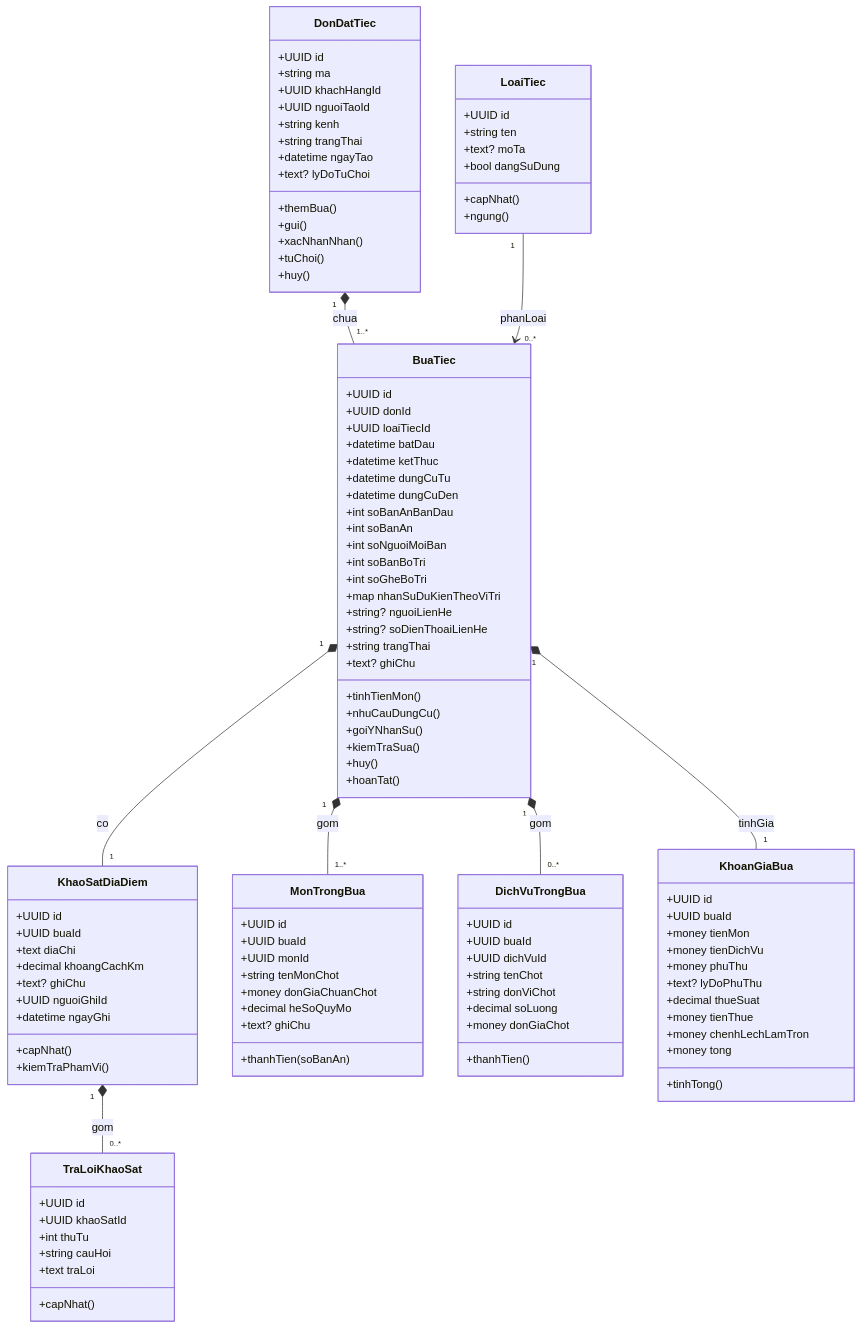
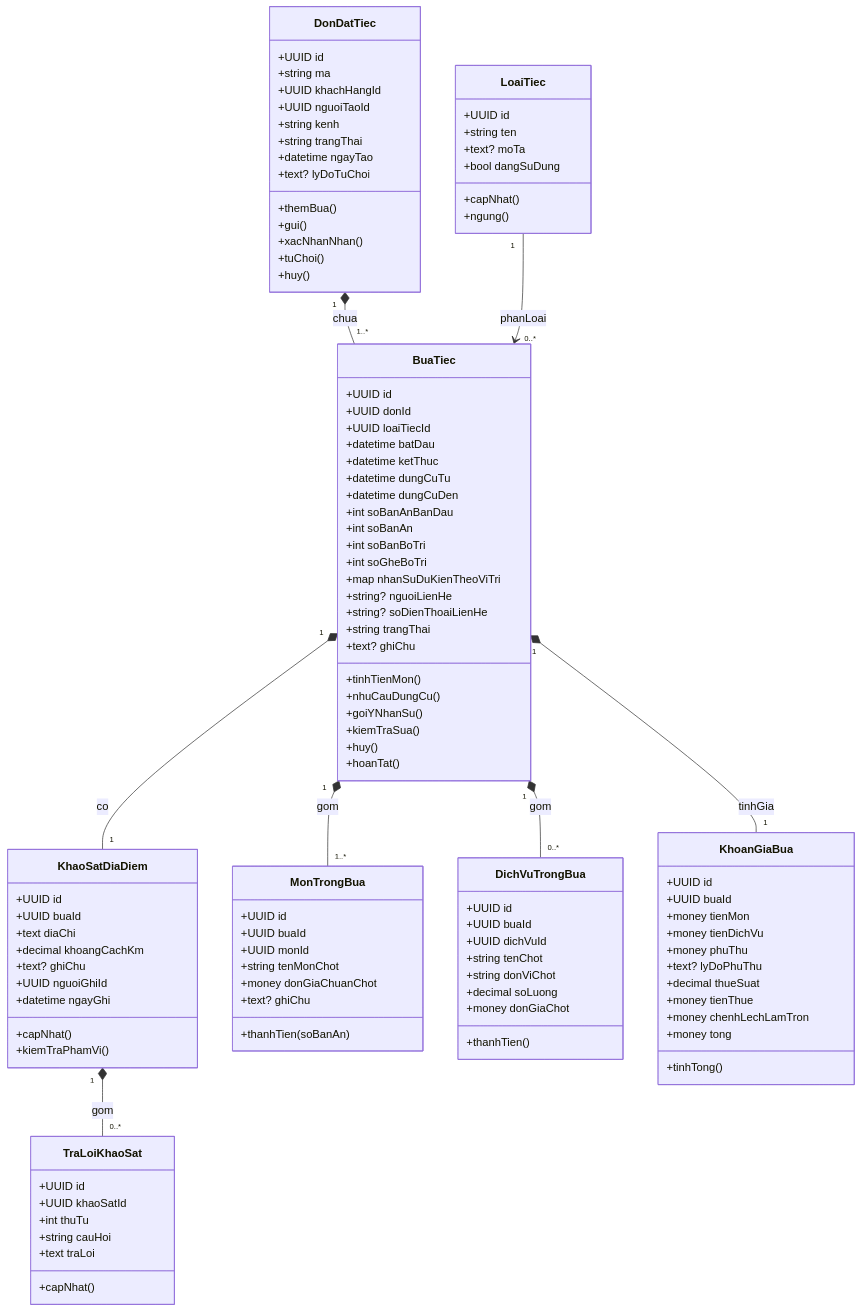
One commit to mastercookvn/mastercookvn changed the fifth of 18 diagrams in docs/src/mo-hinh/mo-hinh-lop-class.md. Above: the diagram before and after it, drawn with Mermaid. The commit also changed other lines of this file and 10 other files, not shown here.

```diff
--- a/docs/src/mo-hinh/mo-hinh-lop-class.md
+++ b/docs/src/mo-hinh/mo-hinh-lop-class.md
@@ -474,7 +474,6 @@
         +datetime dungCuDen
         +int soBanAnBanDau
         +int soBanAn
-        +int soNguoiMoiBan
         +int soBanBoTri
         +int soGheBoTri
         +map nhanSuDuKienTheoViTri
@@ -526,7 +525,6 @@
         +UUID monId
         +string tenMonChot
         +money donGiaChuanChot
-        +decimal heSoQuyMo
         +text? ghiChu
         +thanhTien(soBanAn)
     }
```
